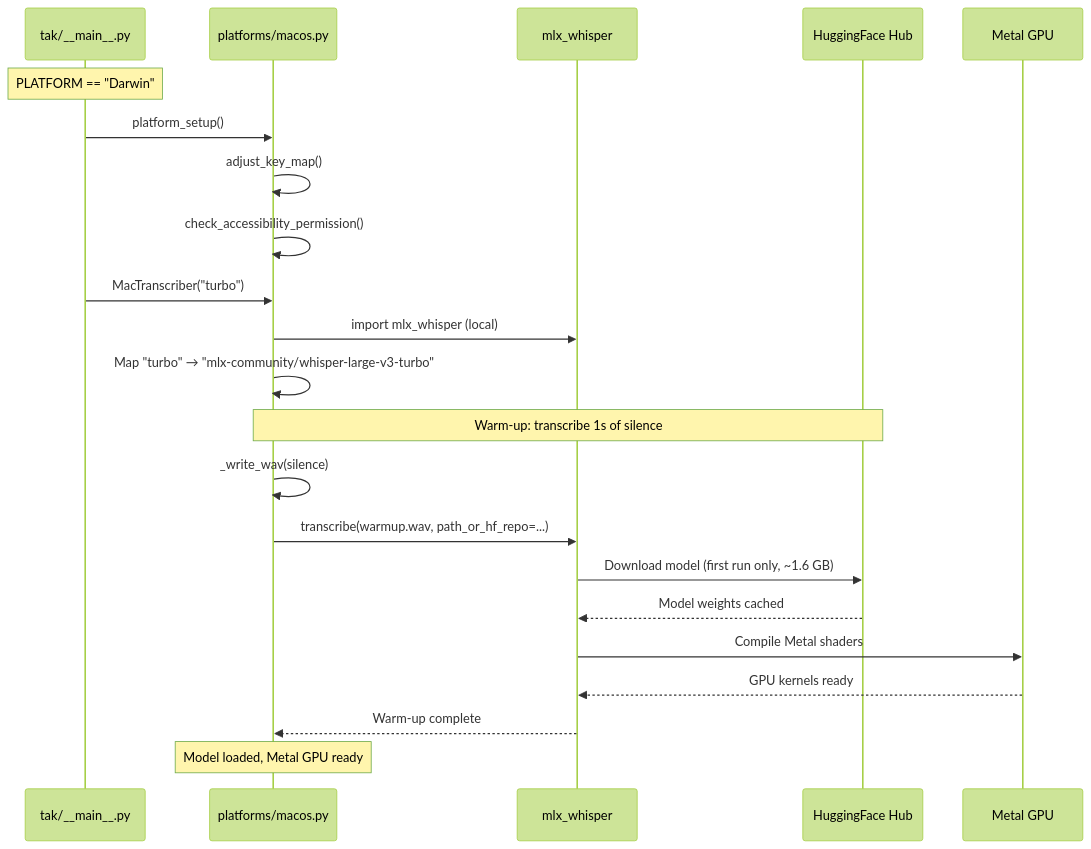
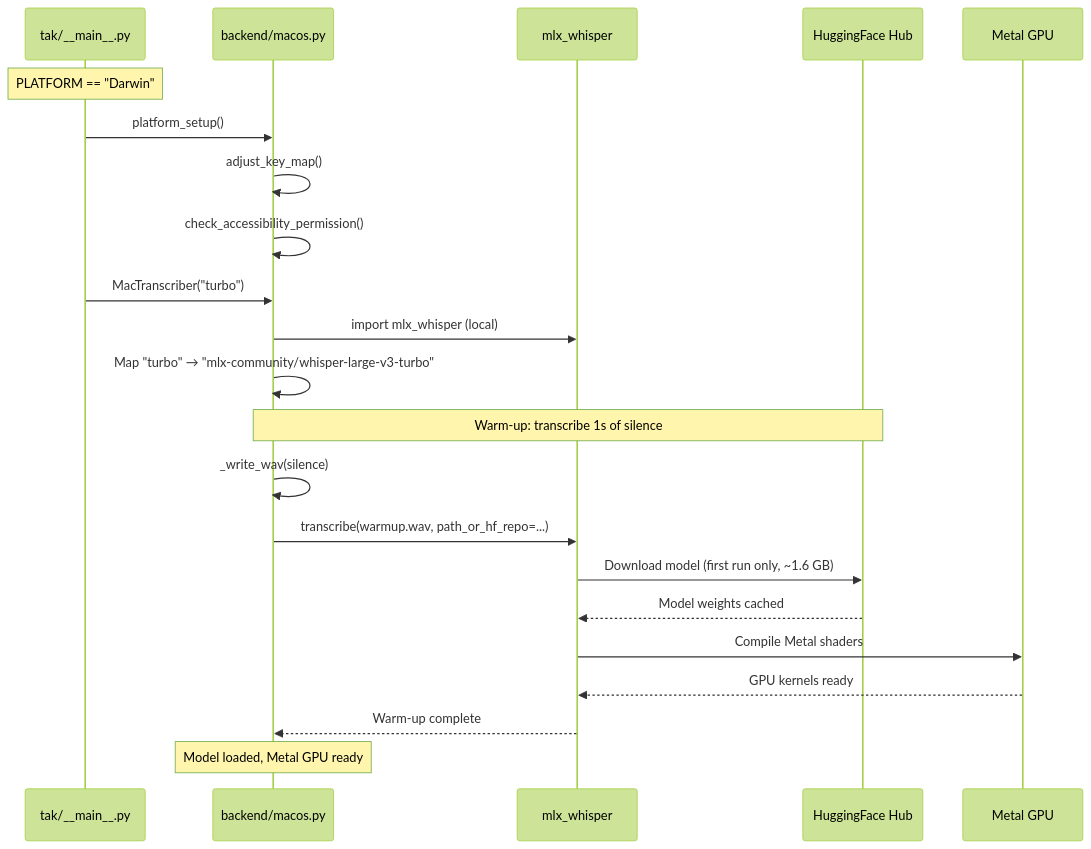
The fifth of 9 diagrams in docs/platform-architecture.md (lchonkan/tak), drawn with Mermaid (forest theme) before and after one commit. The commit also changed other lines of this file and 45 other files, not shown here.

````diff
--- a/docs/platform-architecture.md
+++ b/docs/platform-architecture.md
@@ -259,29 +259,29 @@
 ```mermaid
 sequenceDiagram
     participant EP as tak/__main__.py
-    participant MACOS as platforms/macos.py
+    participant MACOS as backend/macos.py
     participant MLX as mlx_whisper
     participant HF as HuggingFace Hub
     participant METAL as Metal GPU
 
     Note over EP: PLATFORM == "Darwin"
 
     EP->>MACOS: platform_setup()
     MACOS->>MACOS: adjust_key_map()
     MACOS->>MACOS: check_accessibility_permission()
 
     EP->>MACOS: MacTranscriber("turbo")
     MACOS->>MLX: import mlx_whisper (local)
     MACOS->>MACOS: Map "turbo" → "mlx-community/whisper-large-v3-turbo"
 
     Note over MACOS,HF: Warm-up: transcribe 1s of silence
     MACOS->>MACOS: _write_wav(silence)
     MACOS->>MLX: transcribe(warmup.wav, path_or_hf_repo=...)
     MLX->>HF: Download model (first run only, ~1.6 GB)
     HF-->>MLX: Model weights cached
     MLX->>METAL: Compile Metal shaders
     METAL-->>MLX: GPU kernels ready
     MLX-->>MACOS: Warm-up complete
 
     Note over MACOS: Model loaded, Metal GPU ready
 ```
````
